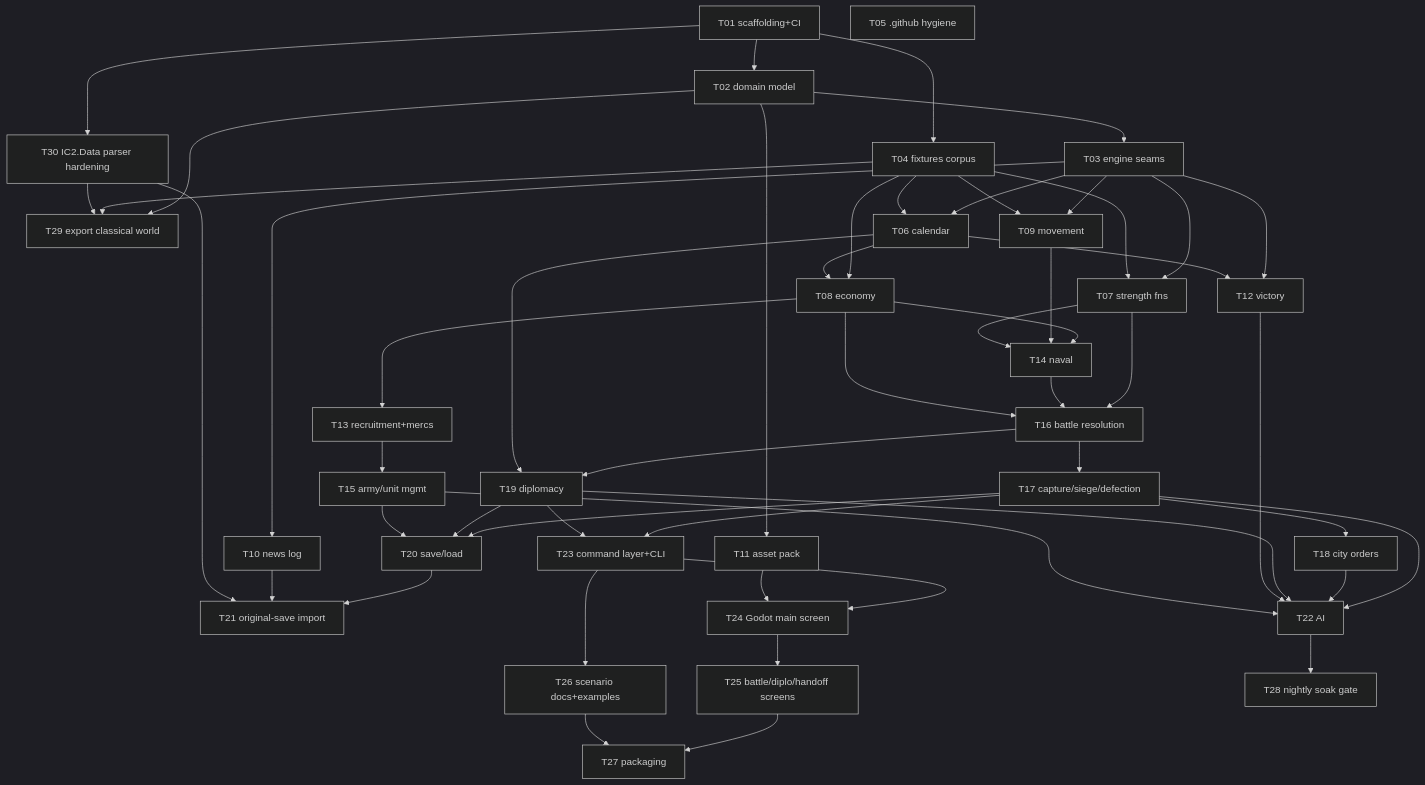
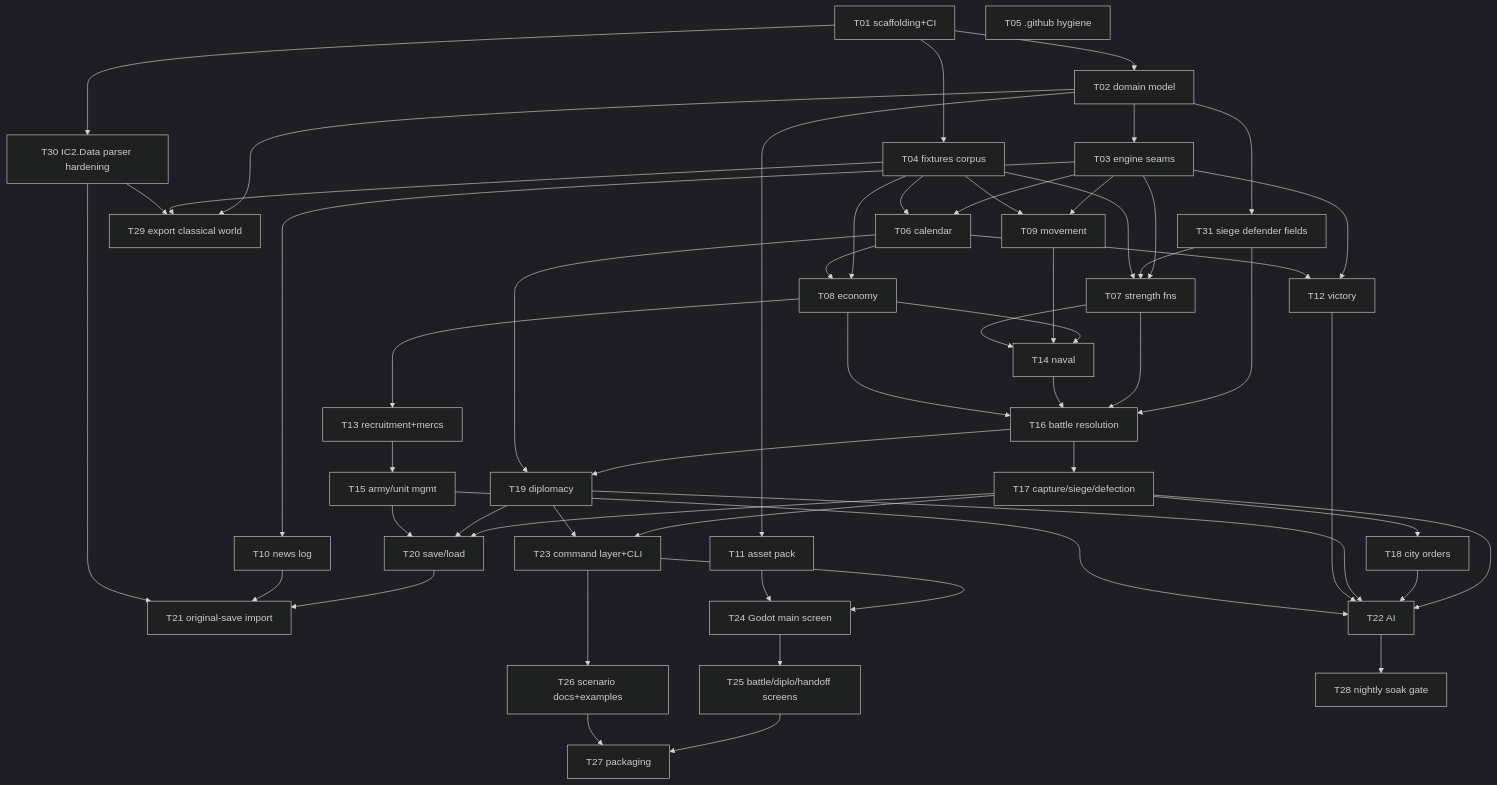
The diagram in docs/build-orchestration-plan.md (diegoami/imperial_conquest_2), drawn with Mermaid (dark theme) before and after one commit. The commit also changed other lines of this file, not shown here.

````diff
--- a/docs/build-orchestration-plan.md
+++ b/docs/build-orchestration-plan.md
@@ -156,60 +156,63 @@
 ```mermaid
 graph TD
   T01[T01 scaffolding+CI] --> T02[T02 domain model]
   T01 --> T04[T04 fixtures corpus]
   T02 --> T03[T03 engine seams]
+  T02 --> T31[T31 siege defender fields]
   T02 --> T29[T29 export classical world]
   T04 --> T29
   T01 --> T30[T30 IC2.Data parser hardening]
   T30 --> T29
   T05[T05 .github hygiene]
 
   T03 --> T06[T06 calendar]
   T03 --> T07[T07 strength fns]
+  T31 --> T07
+  T31 --> T16
   T03 --> T09[T09 movement]
   T03 --> T10[T10 news log]
   T02 --> T11[T11 asset pack]
   T03 --> T12[T12 victory]
   T04 --> T06
   T04 --> T07
   T04 --> T08[T08 economy]
   T04 --> T09
   T06 --> T08
   T06 --> T12
 
   T08 --> T13[T13 recruitment+mercs]
   T08 --> T14[T14 naval]
   T09 --> T14
   T07 --> T14
   T13 --> T15[T15 army/unit mgmt]
   T07 --> T16[T16 battle resolution]
   T14 --> T16
   T08 --> T16
 
   T16 --> T17[T17 capture/siege/defection]
   T16 --> T19[T19 diplomacy]
   T06 --> T19
   T17 --> T18[T18 city orders]
   T17 --> T20[T20 save/load]
   T19 --> T20
   T15 --> T20
   T20 --> T21[T21 original-save import]
   T10 --> T21
   T30 --> T21
 
   T17 --> T22[T22 AI]
   T18 --> T22
   T19 --> T22
   T12 --> T22
   T15 --> T22
 
   T17 --> T23[T23 command layer+CLI]
   T19 --> T23
   T23 --> T24[T24 Godot main screen]
   T11 --> T24
   T24 --> T25[T25 battle/diplo/handoff screens]
   T23 --> T26[T26 scenario docs+examples]
   T22 --> T28[T28 nightly soak gate]
   T25 --> T27[T27 packaging]
   T26 --> T27
 ```
````
